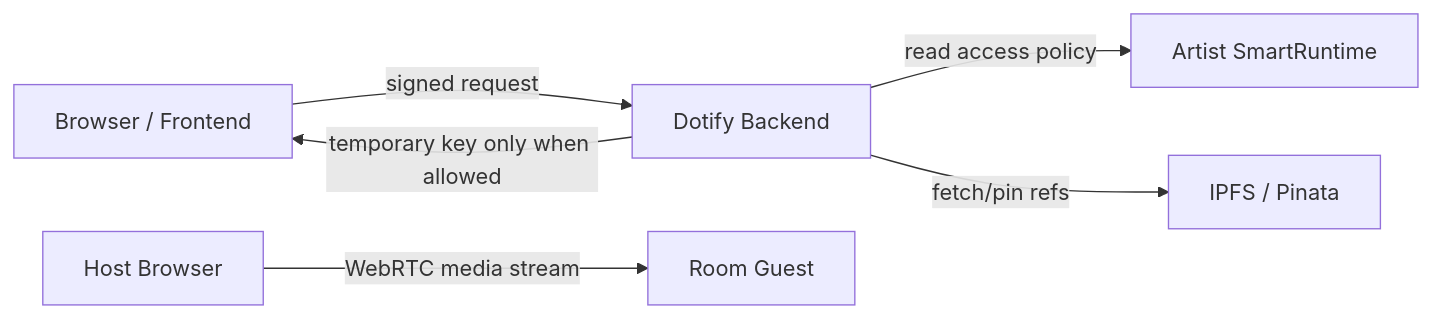
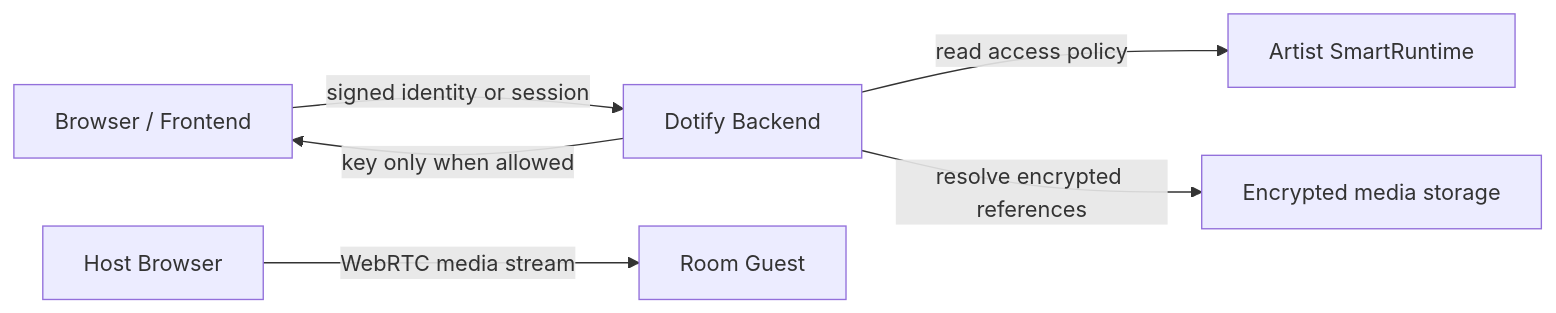
One commit to knzeng-e/dotify changed the first of 3 diagrams in docs/security/content-key-delivery-threat-model.md. Above: the diagram before and after it, drawn with Mermaid. The commit also changed other lines of this file and 20 other files, not shown here.

````diff
--- a/docs/security/content-key-delivery-threat-model.md
+++ b/docs/security/content-key-delivery-threat-model.md
@@ -32,8 +32,8 @@
 ```mermaid
 flowchart LR
-  Browser[Browser / Frontend] -->|signed request| API[Dotify Backend]
+  Browser[Browser / Frontend] -->|signed identity or session| API[Dotify Backend]
   API -->|read access policy| Runtime[Artist SmartRuntime]
-  API -->|fetch/pin refs| IPFS[IPFS / Pinata]
-  API -->|temporary key only when allowed| Browser
+  API -->|resolve encrypted references| Storage[Encrypted media storage]
+  API -->|key only when allowed| Browser
   Host[Host Browser] -->|WebRTC media stream| Guest[Room Guest]
 ```
````
